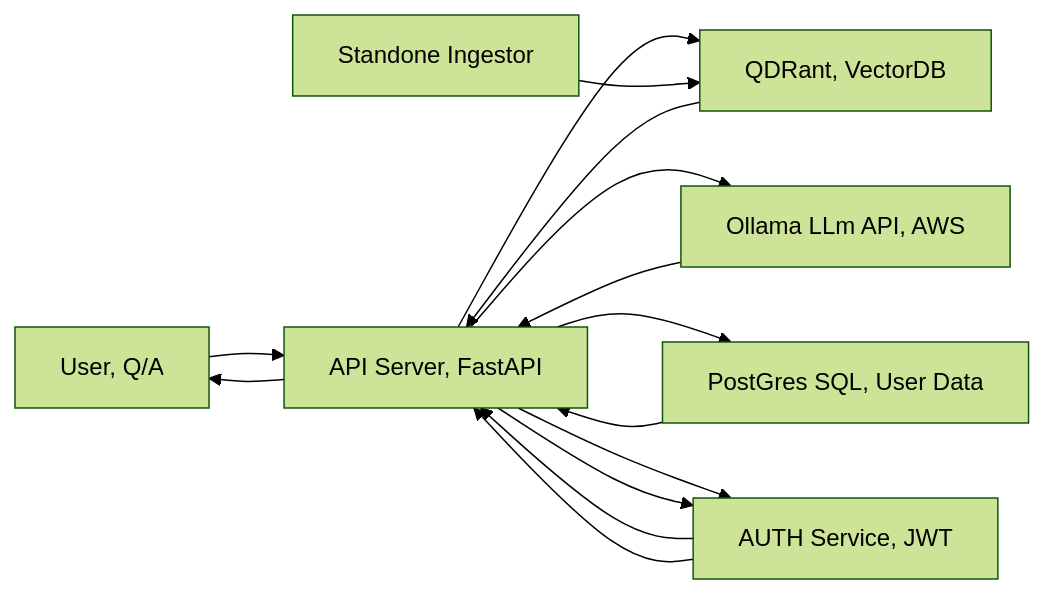
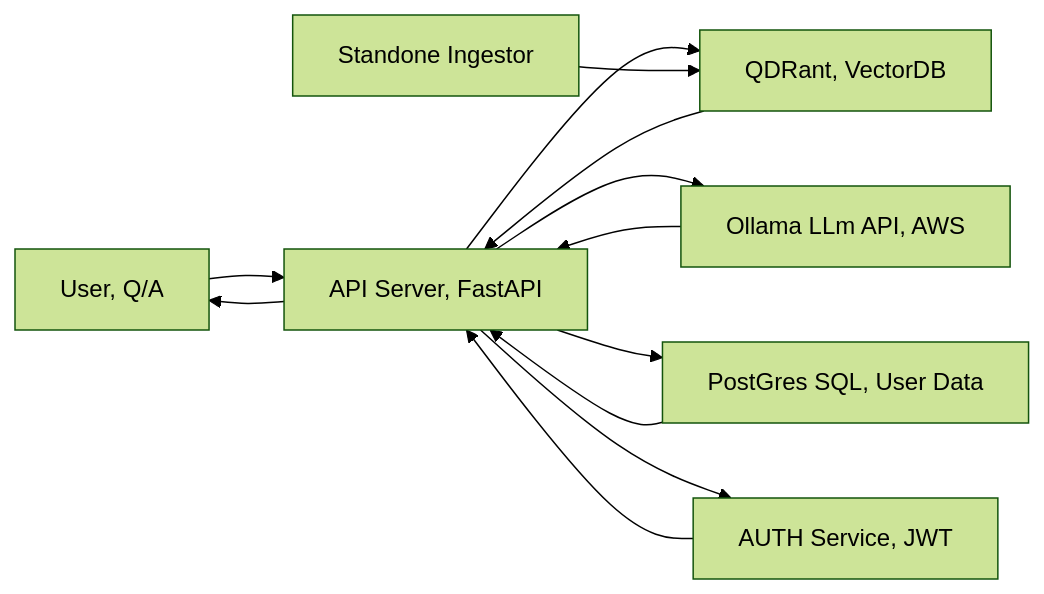
Before and after one commit to aqrpole/erutalia: the diagram in README.md, drawn with Mermaid (forest theme).

Commit message:
Readme small change

````diff
--- a/README.md
+++ b/README.md
@@ -5,16 +5,14 @@
 ```mermaid
 graph LR
 A[User, Q/A] --> C
 C[API Server, FastAPI] --> A
 C --> D[QDRant, VectorDB]
 C --> E[Ollama LLm API, AWS]
 C --> F[PostGres SQL, User Data]
 G[Standone Ingestor] --> D
 D --> C
 F --> C
 E --> C
 C --> B
 B[AUTH Service, JWT ] --> C
-B --> C
-C --> B
 ```
````
